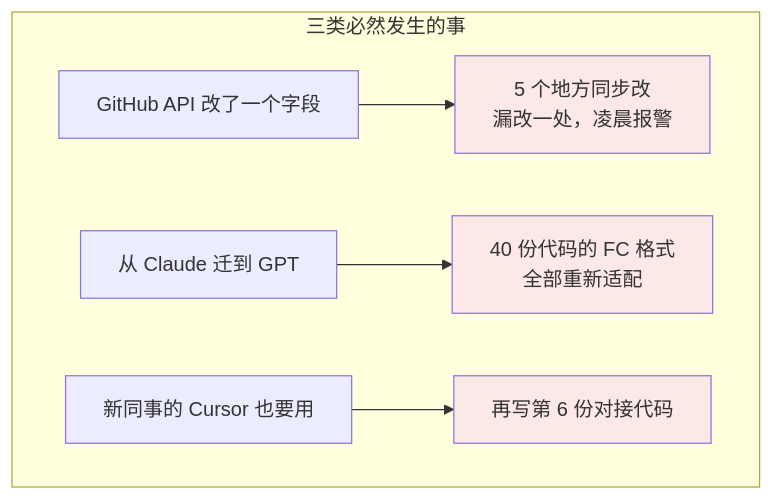
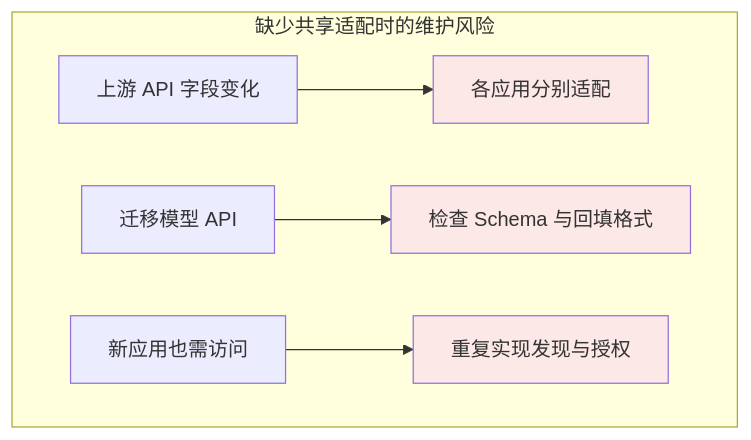
Before and after one commit to oneleaveknowsthefall/awesome-ai-roadmap: the first of 3 diagrams in docs/tools/02-mcp/06-mcp-vs-function-calling.md, drawn with Mermaid. The commit also changed other lines of this file and 50 other files, not shown here.

````diff
--- a/docs/tools/02-mcp/06-mcp-vs-function-calling.md
+++ b/docs/tools/02-mcp/06-mcp-vs-function-calling.md
@@ -30,12 +30,12 @@
 ```mermaid
 flowchart TB
-    subgraph PAIN["三类必然发生的事"]
-        P1["GitHub API 改了一个字段"] --> R1["5 个地方同步改<br/>漏改一处，凌晨报警"]
-        P2["从 Claude 迁到 GPT"] --> R2["40 份代码的 FC 格式<br/>全部重新适配"]
-        P3["新同事的 Cursor 也要用"] --> R3["再写第 6 份对接代码"]
+    subgraph PAIN["缺少共享适配时的维护风险"]
+        P1["上游 API 字段变化"] --> R1["各应用分别适配"]
+        P2["迁移模型 API"] --> R2["检查 Schema 与回填格式"]
+        P3["新应用也需访问"] --> R3["重复实现发现与授权"]
     end
 
     style R1 fill:#fce8e6
     style R2 fill:#fce8e6
     style R3 fill:#fce8e6
 ```
````
